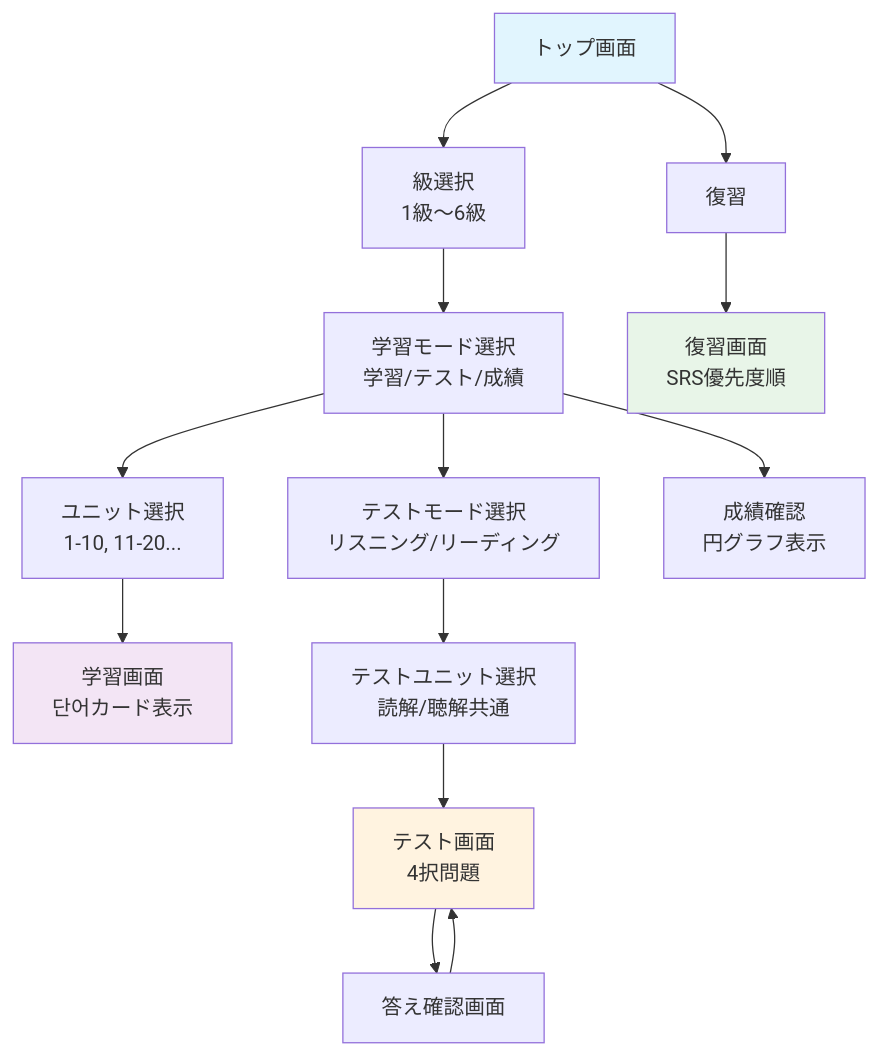
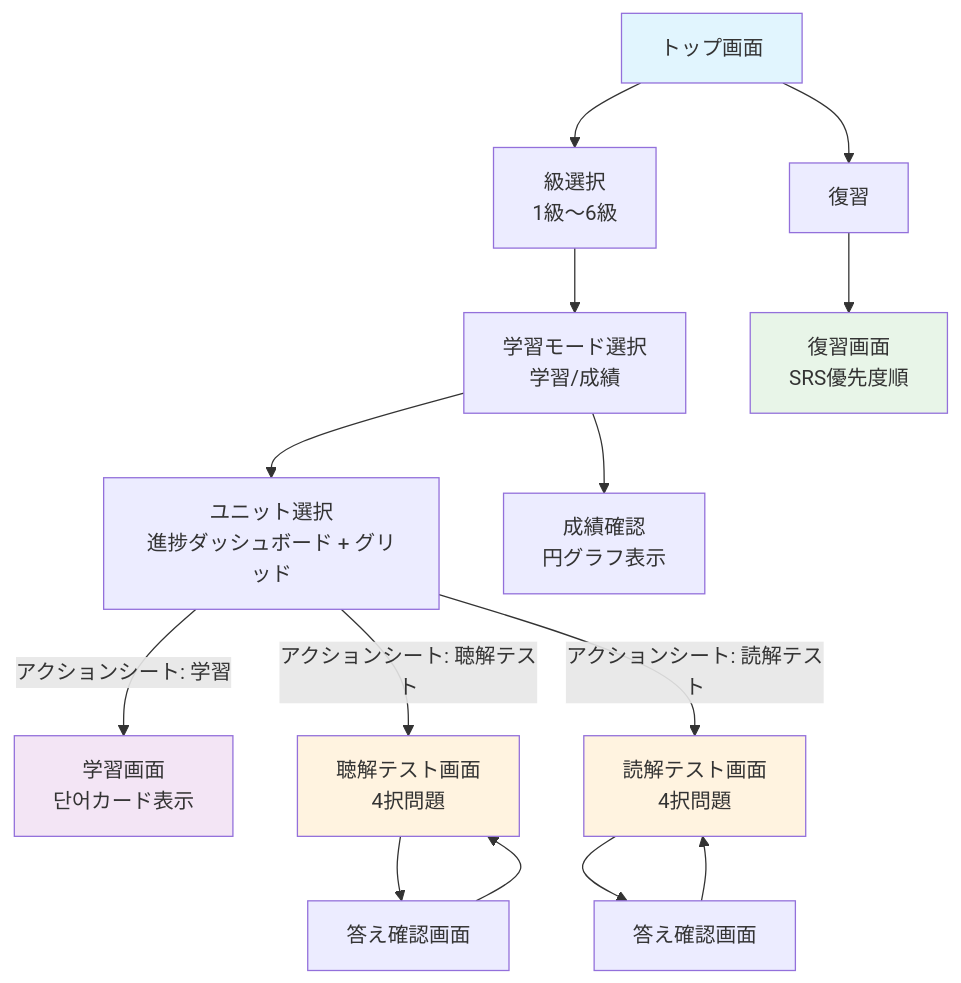
One commit to yuichkun/topik-dojo changed the first of 4 diagrams in docs/screen-flows.md. Above: the diagram before and after it, drawn with Mermaid. The commit also changed other lines of this file and 12 other files, not shown here.

````diff
--- a/docs/screen-flows.md
+++ b/docs/screen-flows.md
@@ -5,20 +5,22 @@
 ```mermaid
 graph TD
     A[トップ画面] --> B[級選択<br/>1級〜6級]
     A --> H[復習]
-    B --> C[学習モード選択<br/>学習/テスト/成績]
-    C --> D[ユニット選択<br/>1-10, 11-20...]
-    C --> E[テストモード選択<br/>リスニング/リーディング]
+    B --> C[学習モード選択<br/>学習/成績]
+    C --> D[ユニット選択<br/>進捗ダッシュボード + グリッド]
     C --> F[成績確認<br/>円グラフ表示]
-    D --> G[学習画面<br/>단어カード表示]
-    E --> I[テストユニット選択<br/>読解/聴解共通]
-    I --> J[テスト画面<br/>4択問題]
-    J --> K[答え確認画面]
-    K --> J
+    D -->|アクションシート: 学習| G[学習画面<br/>단어カード表示]
+    D -->|アクションシート: 聴解テスト| J1[聴解テスト画面<br/>4択問題]
+    D -->|アクションシート: 読解テスト| J2[読解テスト画面<br/>4択問題]
+    J1 --> K1[答え確認画面]
+    K1 --> J1
+    J2 --> K2[答え確認画面]
+    K2 --> J2
     H --> L[復習画面<br/>SRS優先度順]
-    
+
     style A fill:#e1f5fe
     style G fill:#f3e5f5
-    style J fill:#fff3e0
+    style J1 fill:#fff3e0
+    style J2 fill:#fff3e0
     style L fill:#e8f5e8
 ```
````
